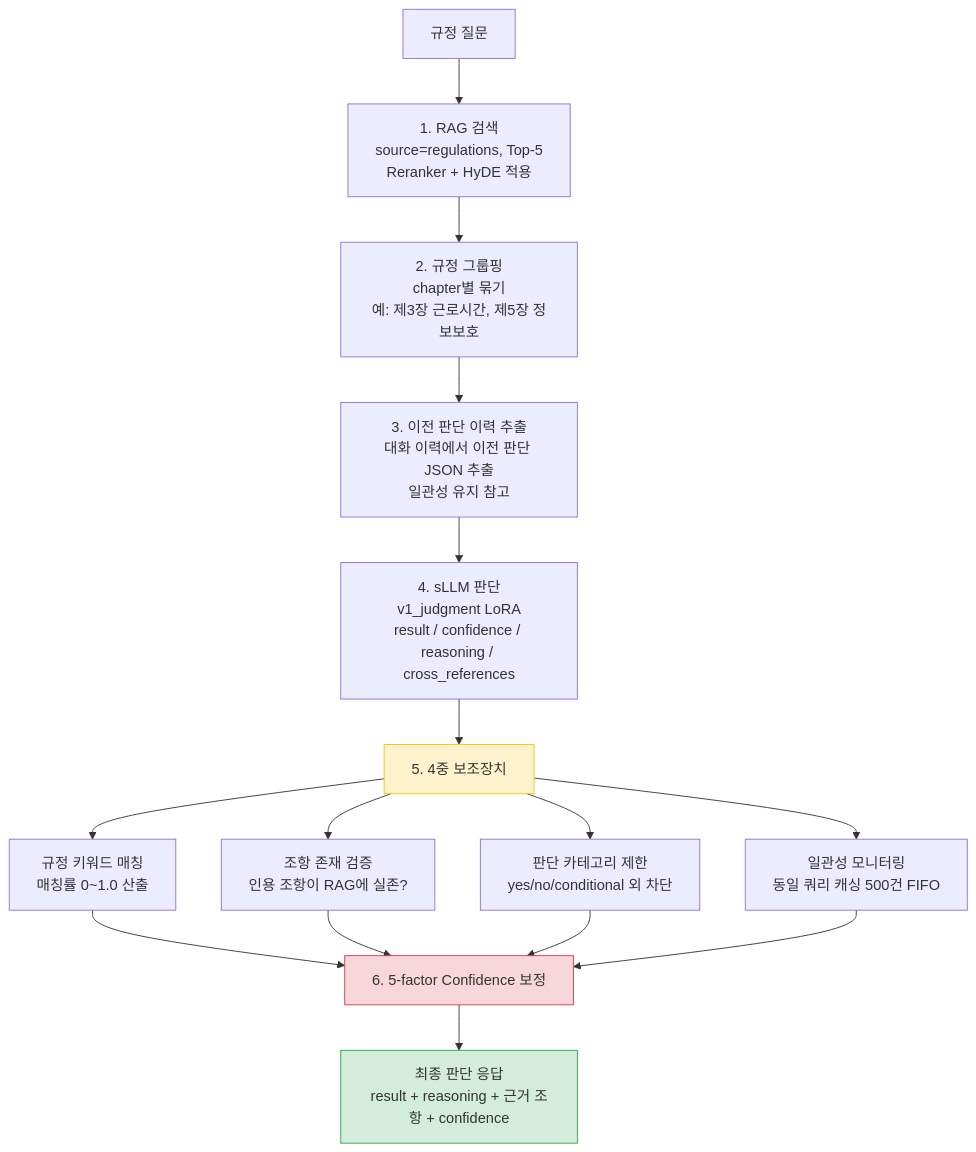
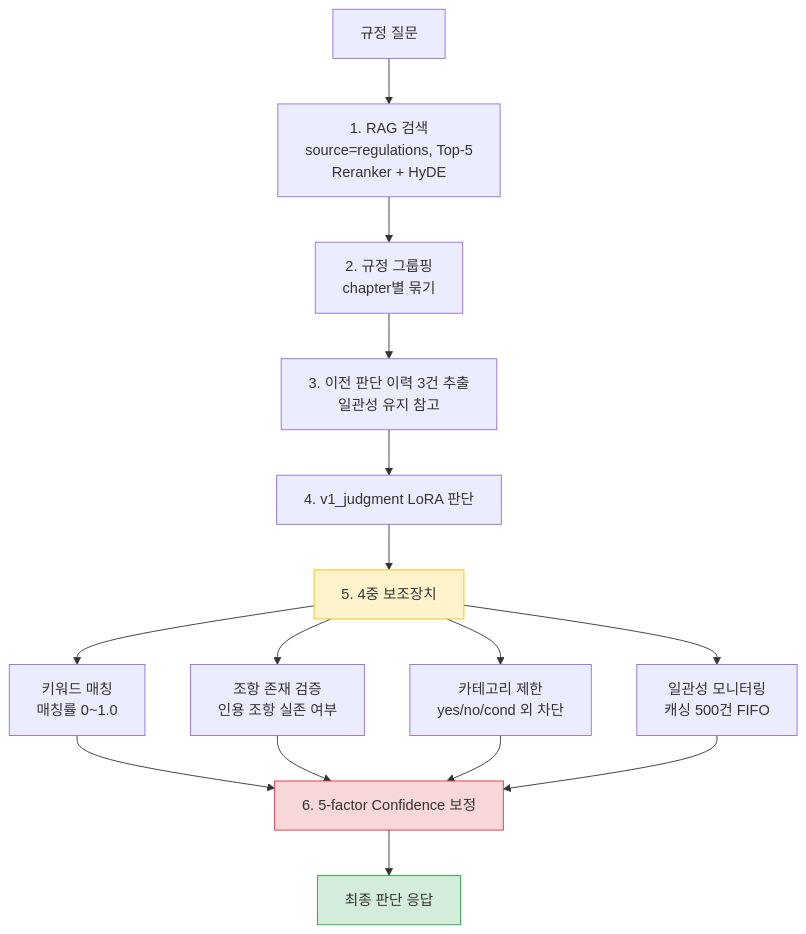
The third of 6 diagrams in README.md (SKNETWORKS-FAMILY-AICAMP/SKN21-FINAL-3TEAM), drawn with Mermaid before and after one commit. The commit also changed other lines of this file, not shown here.

````diff
--- a/README.md
+++ b/README.md
@@ -536,18 +177,18 @@
 ```mermaid
 flowchart TB
-    Input[규정 질문] --> S1[1. RAG 검색<br/>source=regulations, Top-5<br/>Reranker + HyDE 적용]
-    S1 --> S2[2. 규정 그룹핑<br/>chapter별 묶기<br/>예: 제3장 근로시간, 제5장 정보보호]
-    S2 --> S3[3. 이전 판단 이력 추출<br/>대화 이력에서 이전 판단 JSON 추출<br/>일관성 유지 참고]
-    S3 --> S4[4. sLLM 판단<br/>v1_judgment LoRA<br/>result / confidence / reasoning / cross_references]
+    Input[규정 질문] --> S1[1. RAG 검색<br/>source=regulations, Top-5<br/>Reranker + HyDE]
+    S1 --> S2[2. 규정 그룹핑<br/>chapter별 묶기]
+    S2 --> S3[3. 이전 판단 이력 3건 추출<br/>일관성 유지 참고]
+    S3 --> S4[4. v1_judgment LoRA 판단]
     S4 --> S5[5. 4중 보조장치]
-    S5 --> G1[규정 키워드 매칭<br/>매칭률 0~1.0 산출]
-    S5 --> G2[조항 존재 검증<br/>인용 조항이 RAG에 실존?]
-    S5 --> G3[판단 카테고리 제한<br/>yes/no/conditional 외 차단]
-    S5 --> G4[일관성 모니터링<br/>동일 쿼리 캐싱 500건 FIFO]
+    S5 --> G1[키워드 매칭<br/>매칭률 0~1.0]
+    S5 --> G2[조항 존재 검증<br/>인용 조항 실존 여부]
+    S5 --> G3[카테고리 제한<br/>yes/no/cond 외 차단]
+    S5 --> G4[일관성 모니터링<br/>캐싱 500건 FIFO]
     G1 & G2 & G3 & G4 --> S6[6. 5-factor Confidence 보정]
-    S6 --> Output[최종 판단 응답<br/>result + reasoning + 근거 조항 + confidence]
+    S6 --> Output[최종 판단 응답]
 
     style S5 fill:#fff3cd,stroke:#ffc107
     style S6 fill:#f8d7da,stroke:#dc3545
     style Output fill:#d4edda,stroke:#28a745
 ```
````
